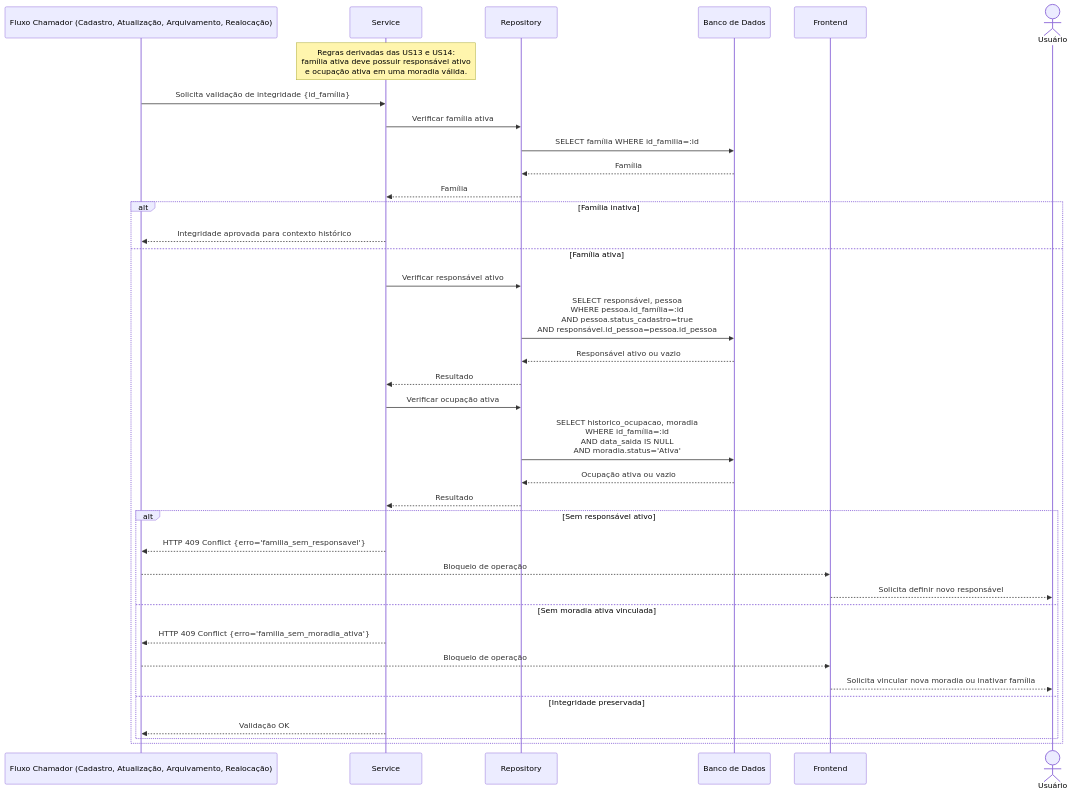
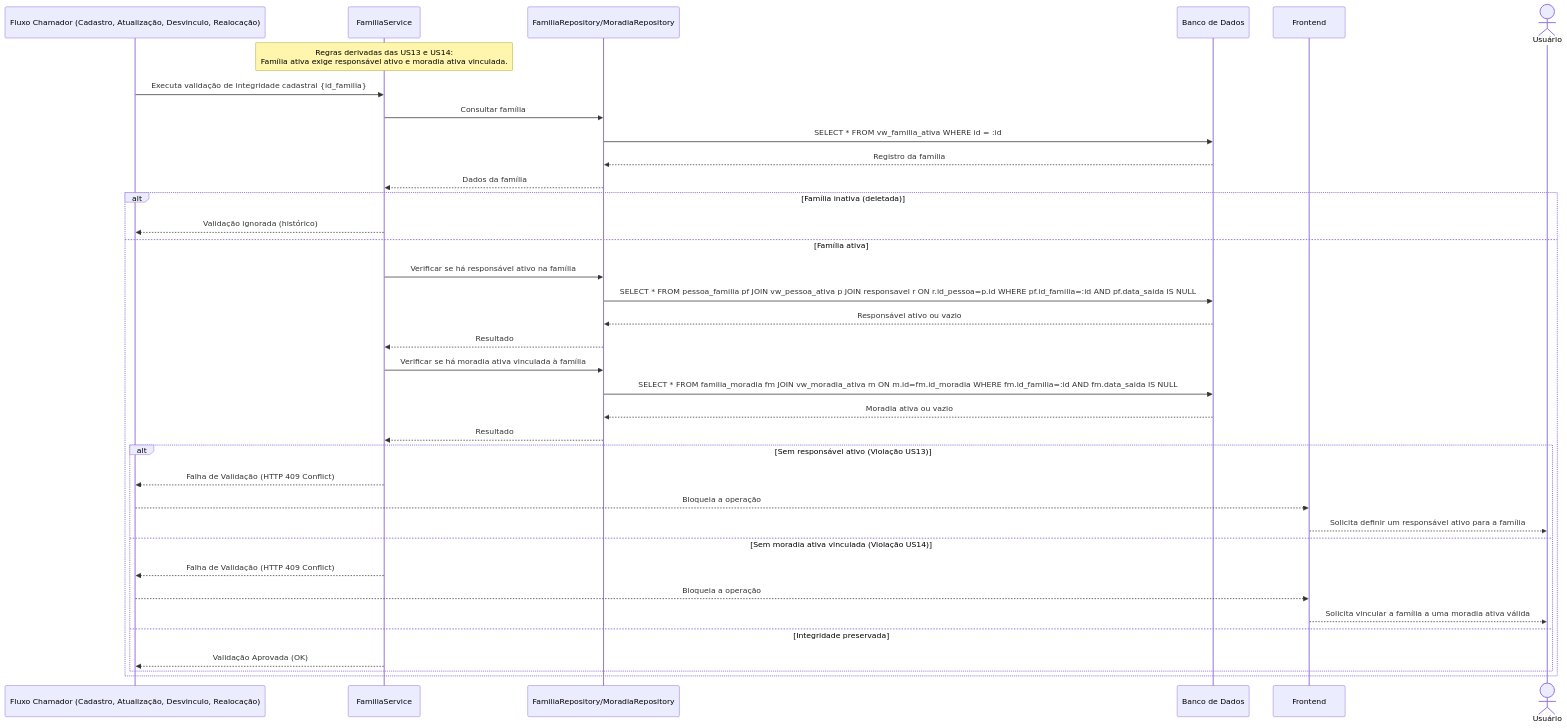
One commit to davitricarico-wq/g03 changed diagram 13 of 13 in documentos/wad.md. Above: the diagram before and after it, drawn with Mermaid. The commit also changed other lines of this file, not shown here.

Commit message:
docs(#153): fl09, e fl10, fl11 e fl12 do diagrama de sequencia UML atualizado com base no backend e endpoints atuais e estrutura da sessão organizada

````diff
--- a/documentos/wad.md
+++ b/documentos/wad.md
@@ -1337,43 +1203,43 @@
 ```mermaid
 sequenceDiagram
-    participant Chamador as Fluxo Chamador (Cadastro, Atualização, Arquivamento, Realocação)
-    participant Service as Service
-    participant Repository as Repository
+    participant Chamador as Fluxo Chamador (Cadastro, Atualização, Desvinculo, Realocação)
+    participant Service as FamiliaService
+    participant Repository as FamiliaRepository/MoradiaRepository
     participant DB as Banco de Dados
     participant Frontend as Frontend
     actor Usuario as Usuário
 
-    Note over Service: Regras derivadas das US13 e US14:<br/>família ativa deve possuir responsável ativo<br/>e ocupação ativa em uma moradia válida.
+    Note over Service: Regras derivadas das US13 e US14:<br/>Família ativa exige responsável ativo e moradia ativa vinculada.
 
-    Chamador->>Service: Solicita validação de integridade {id_família}
-    Service->>Repository: Verificar família ativa
-    Repository->>DB: SELECT família WHERE id_familia=:id
-    DB-->>Repository: Família
-    Repository-->>Service: Família
+    Chamador->>Service: Executa validação de integridade cadastral {id_familia}
+    Service->>Repository: Consultar família
+    Repository->>DB: SELECT * FROM vw_familia_ativa WHERE id = :id
+    DB-->>Repository: Registro da família
+    Repository-->>Service: Dados da família
 
-    alt Família inativa
-        Service-->>Chamador: Integridade aprovada para contexto histórico
+    alt Família inativa (deletada)
+        Service-->>Chamador: Validação ignorada (histórico)
     else Família ativa
-        Service->>Repository: Verificar responsável ativo
-        Repository->>DB: SELECT responsável, pessoa<br/>WHERE pessoa.id_família=:id<br/>AND pessoa.status_cadastro=true<br/>AND responsável.id_pessoa=pessoa.id_pessoa
+        Service->>Repository: Verificar se há responsável ativo na família
+        Repository->>DB: SELECT * FROM pessoa_familia pf JOIN vw_pessoa_ativa p JOIN responsavel r ON r.id_pessoa=p.id WHERE pf.id_familia=:id AND pf.data_saida IS NULL
         DB-->>Repository: Responsável ativo ou vazio
         Repository-->>Service: Resultado
 
-        Service->>Repository: Verificar ocupação ativa
-        Repository->>DB: SELECT historico_ocupacao, moradia<br/>WHERE id_família=:id<br/>AND data_saida IS NULL<br/>AND moradia.status='Ativa'
-        DB-->>Repository: Ocupação ativa ou vazio
+        Service->>Repository: Verificar se há moradia ativa vinculada à família
+        Repository->>DB: SELECT * FROM familia_moradia fm JOIN vw_moradia_ativa m ON m.id=fm.id_moradia WHERE fm.id_familia=:id AND fm.data_saida IS NULL
+        DB-->>Repository: Moradia ativa ou vazio
         Repository-->>Service: Resultado
 
-        alt Sem responsável ativo
-            Service-->>Chamador: HTTP 409 Conflict {erro='familia_sem_responsavel'}
-            Chamador-->>Frontend: Bloqueio de operação
-            Frontend-->>Usuario: Solicita definir novo responsável
-        else Sem moradia ativa vinculada
-            Service-->>Chamador: HTTP 409 Conflict {erro='familia_sem_moradia_ativa'}
-            Chamador-->>Frontend: Bloqueio de operação
-            Frontend-->>Usuario: Solicita vincular nova moradia ou inativar família
+        alt Sem responsável ativo (Violação US13)
+            Service-->>Chamador: Falha de Validação (HTTP 409 Conflict)
+            Chamador-->>Frontend: Bloqueia a operação
+            Frontend-->>Usuario: Solicita definir um responsável ativo para a família
+        else Sem moradia ativa vinculada (Violação US14)
+            Service-->>Chamador: Falha de Validação (HTTP 409 Conflict)
+            Chamador-->>Frontend: Bloqueia a operação
+            Frontend-->>Usuario: Solicita vincular a família a uma moradia ativa válida
         else Integridade preservada
-            Service-->>Chamador: Validação OK
+            Service-->>Chamador: Validação Aprovada (OK)
         end
     end
 ```
````
